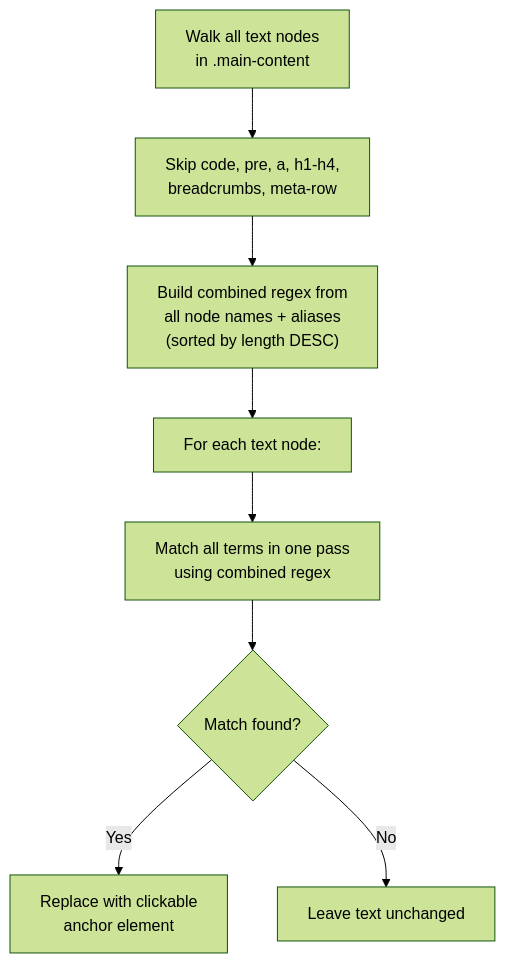
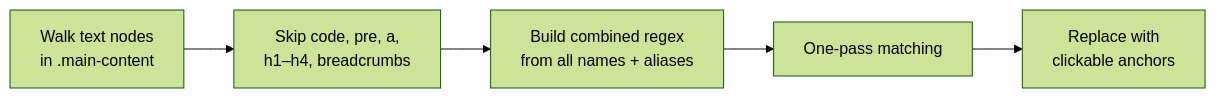
One commit to Kavyargb/Neuron-IQ changed diagram 11 of 13 in README.md. Above: the diagram before and after it, drawn with Mermaid (forest theme). The commit also changed other lines of this file, not shown here.

Commit message:
docs: overhaul README with enhanced formatting, project badges, and detailed architecture documentation

````diff
--- a/README.md
+++ b/README.md
@@ -715,10 +715,7 @@
 ```mermaid
-flowchart TD
-    A["Walk all text nodes<br>in .main-content"] --> B["Skip code, pre, a, h1-h4,<br>breadcrumbs, meta-row"]
-    B --> C["Build combined regex from<br>all node names + aliases<br>(sorted by length DESC)"]
-    C --> D["For each text node:"]
-    D --> E["Match all terms in one pass<br>using combined regex"]
-    E --> F{"Match found?"}
-    F -- "Yes" --> G["Replace with clickable<br>anchor element"]
-    F -- "No" --> H["Leave text unchanged"]
+flowchart LR
+    A["Walk text nodes<br/>in .main-content"] --> B["Skip code, pre, a,<br/>h1–h4, breadcrumbs"]
+    B --> C["Build combined regex<br/>from all names + aliases"]
+    C --> D["One-pass matching"]
+    D --> E["Replace with<br/>clickable anchors"]
 ```
````
